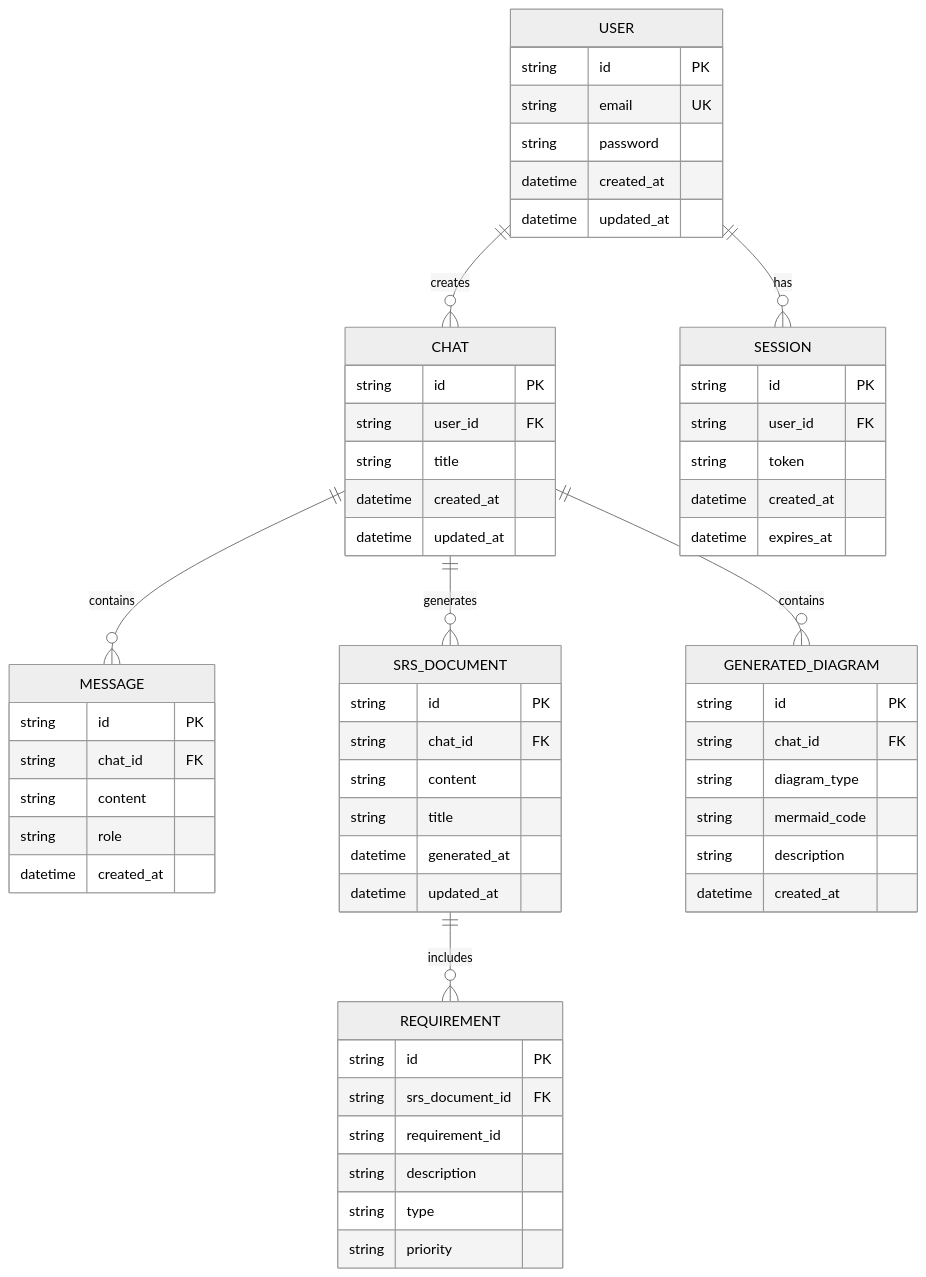
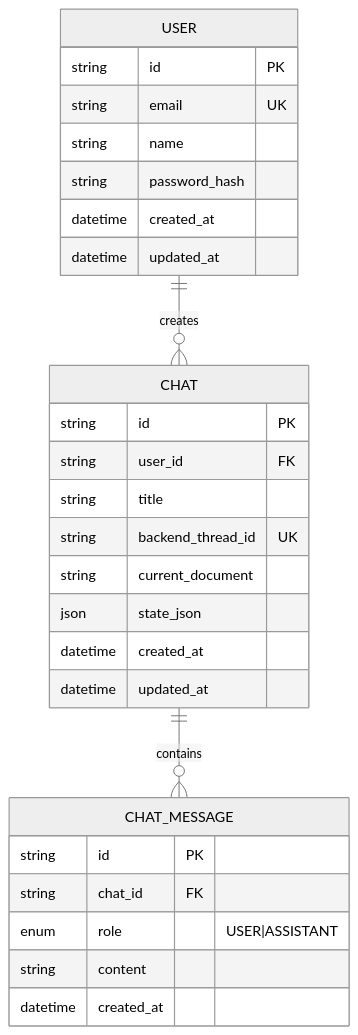
Before and after one commit to Ta1al/automated-SRS-generator: the diagram in documentation/er_diagram.md, drawn with Mermaid (neutral theme). The commit also changed other lines of this file and 3 other files, not shown here.

Commit message:
Update documentation for activity, class, data flow, and ER diagrams

````diff
--- a/documentation/er_diagram.md
+++ b/documentation/er_diagram.md
@@ -5,67 +5,32 @@
 ```mermaid
 erDiagram
     USER ||--o{ CHAT : creates
     USER {
         string id PK
         string email UK
-        string password
+        string name
+        string password_hash
         datetime created_at
         datetime updated_at
     }
 
-    CHAT ||--o{ MESSAGE : contains
+    CHAT ||--o{ CHAT_MESSAGE : contains
     CHAT {
         string id PK
         string user_id FK
         string title
+        string backend_thread_id UK
+        string current_document
+        json state_json
         datetime created_at
         datetime updated_at
     }
 
-    MESSAGE {
+    CHAT_MESSAGE {
         string id PK
         string chat_id FK
+        enum role "USER|ASSISTANT"
         string content
-        string role
         datetime created_at
     }
-
-    CHAT ||--o{ SRS_DOCUMENT : generates
-    SRS_DOCUMENT {
-        string id PK
-        string chat_id FK
-        string content
-        string title
-        datetime generated_at
-        datetime updated_at
-    }
-
-    CHAT ||--o{ GENERATED_DIAGRAM : contains
-    GENERATED_DIAGRAM {
-        string id PK
-        string chat_id FK
-        string diagram_type
-        string mermaid_code
-        string description
-        datetime created_at
-    }
-
-    SRS_DOCUMENT ||--o{ REQUIREMENT : includes
-    REQUIREMENT {
-        string id PK
-        string srs_document_id FK
-        string requirement_id
-        string description
-        string type
-        string priority
-    }
-
-    USER ||--o{ SESSION : has
-    SESSION {
-        string id PK
-        string user_id FK
-        string token
-        datetime created_at
-        datetime expires_at
-    }
 ```
````
